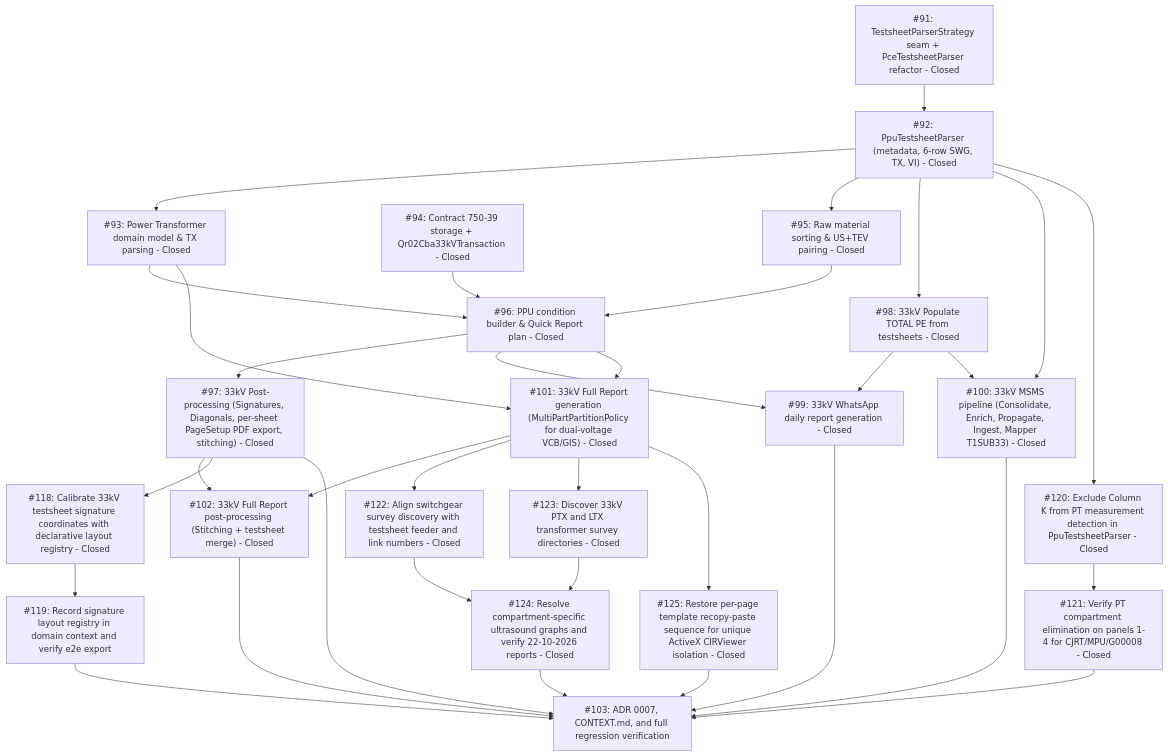
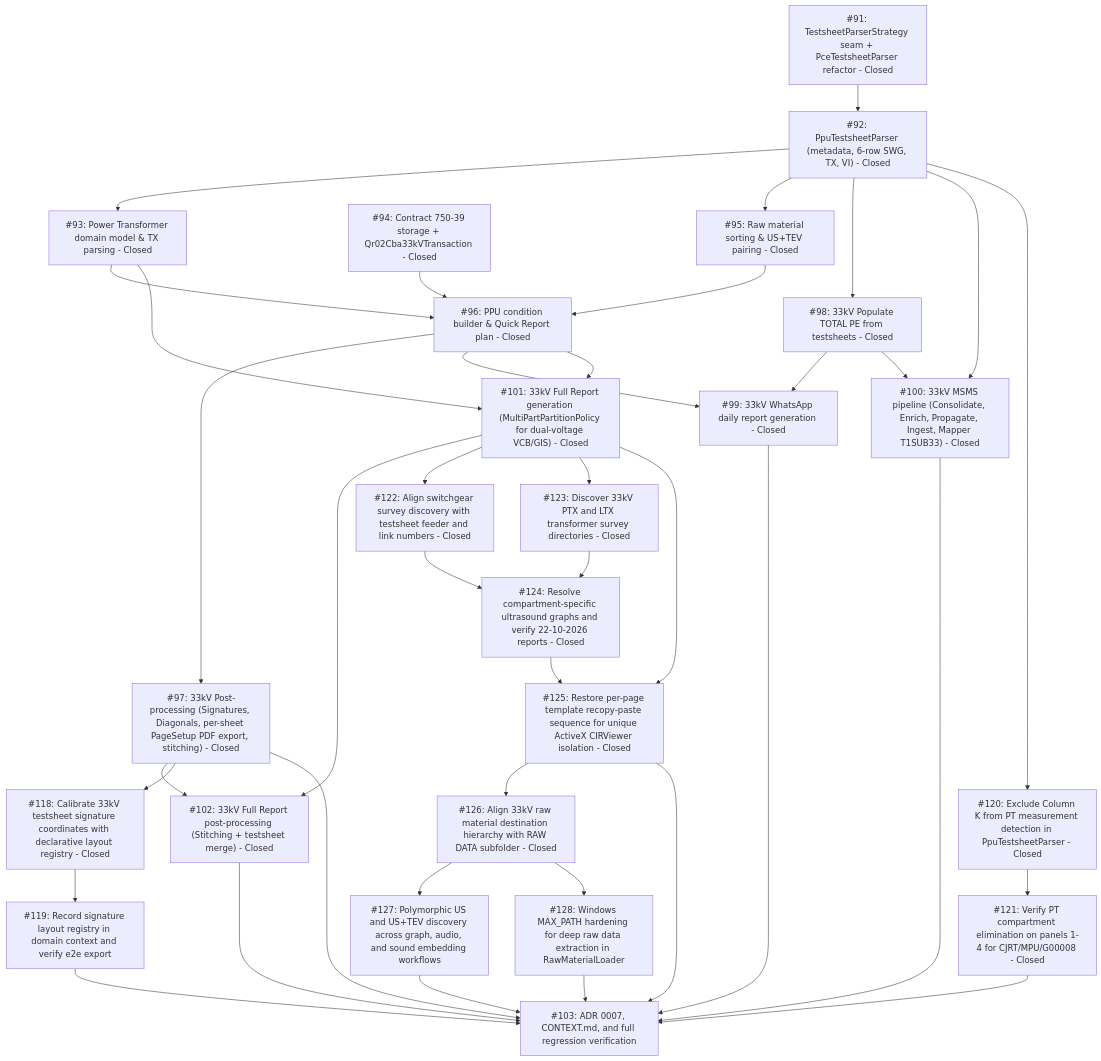
One commit to adamlarGit/pahang-cli changed the diagram in .wayfinder/33kv-system-workflow/map.md. Above: the diagram before and after it, drawn with Mermaid. The commit also changed other lines of this file and 3 other files, not shown here.

First line of the commit message:
fix(raw-material): align 33kV raw material destination hierarchy with RAW DATA subfolder (#126)

````diff
--- a/.wayfinder/33kv-system-workflow/map.md
+++ b/.wayfinder/33kv-system-workflow/map.md
@@ -55,58 +55,66 @@
 ```mermaid
 graph TD
     T91["#91: TestsheetParserStrategy seam + PceTestsheetParser refactor - Closed"]
     T92["#92: PpuTestsheetParser (metadata, 6-row SWG, TX, VI) - Closed"]
     T93["#93: Power Transformer domain model & TX parsing - Closed"]
     T94["#94: Contract 750-39 storage + Qr02Cba33kVTransaction - Closed"]
     T95["#95: Raw material sorting & US+TEV pairing - Closed"]
     T96["#96: PPU condition builder & Quick Report plan - Closed"]
     T97["#97: 33kV Post-processing (Signatures, Diagonals, per-sheet PageSetup PDF export, stitching) - Closed"]
     T98["#98: 33kV Populate TOTAL PE from testsheets - Closed"]
     T99["#99: 33kV WhatsApp daily report generation - Closed"]
     T100["#100: 33kV MSMS pipeline (Consolidate, Enrich, Propagate, Ingest, Mapper T1SUB33) - Closed"]
     T101["#101: 33kV Full Report generation (MultiPartPartitionPolicy for dual-voltage VCB/GIS) - Closed"]
     T102["#102: 33kV Full Report post-processing (Stitching + testsheet merge) - Closed"]
     T118["#118: Calibrate 33kV testsheet signature coordinates with declarative layout registry - Closed"]
     T119["#119: Record signature layout registry in domain context and verify e2e export"]
     T120["#120: Exclude Column K from PT measurement detection in PpuTestsheetParser - Closed"]
     T121["#121: Verify PT compartment elimination on panels 1-4 for CJRT/MPU/G00008 - Closed"]
     T122["#122: Align switchgear survey discovery with testsheet feeder and link numbers - Closed"]
     T123["#123: Discover 33kV PTX and LTX transformer survey directories - Closed"]
     T124["#124: Resolve compartment-specific ultrasound graphs and verify 22-10-2026 reports - Closed"]
     T125["#125: Restore per-page template recopy-paste sequence for unique ActiveX CIRViewer isolation - Closed"]
+    T126["#126: Align 33kV raw material destination hierarchy with RAW DATA subfolder - Closed"]
+    T127["#127: Polymorphic US and US+TEV discovery across graph, audio, and sound embedding workflows"]
+    T128["#128: Windows MAX_PATH hardening for deep raw data extraction in RawMaterialLoader"]
     T103["#103: ADR 0007, CONTEXT.md, and full regression verification"]
 
     T91 --> T92
     T92 --> T93
     T92 --> T95
     T92 --> T98
     T94 --> T96
     T93 --> T96
     T95 --> T96
     T96 --> T97
     T96 --> T99
     T98 --> T99
     T98 --> T100
     T92 --> T100
     T93 --> T101
     T96 --> T101
     T97 --> T102
     T101 --> T102
     T97 --> T118
     T118 --> T119
     T119 --> T103
     T92 --> T120
     T120 --> T121
     T121 --> T103
     T101 --> T122
     T101 --> T123
     T122 --> T124
     T123 --> T124
-    T124 --> T103
+    T124 --> T125
+    T125 --> T126
+    T126 --> T127
+    T126 --> T128
+    T127 --> T103
+    T128 --> T103
     T101 --> T125
     T125 --> T103
     T97 --> T103
     T99 --> T103
     T100 --> T103
     T102 --> T103
 ```
````
